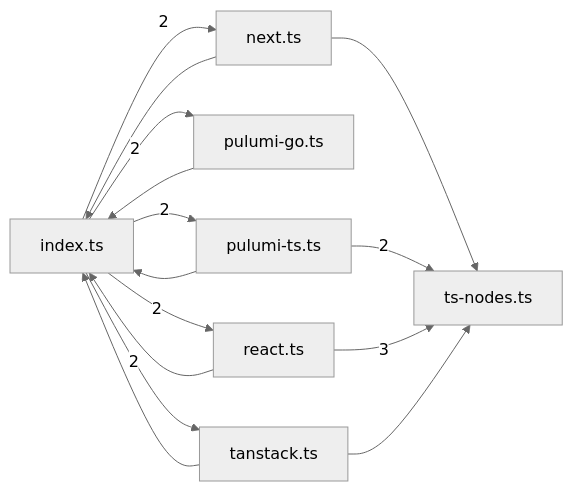
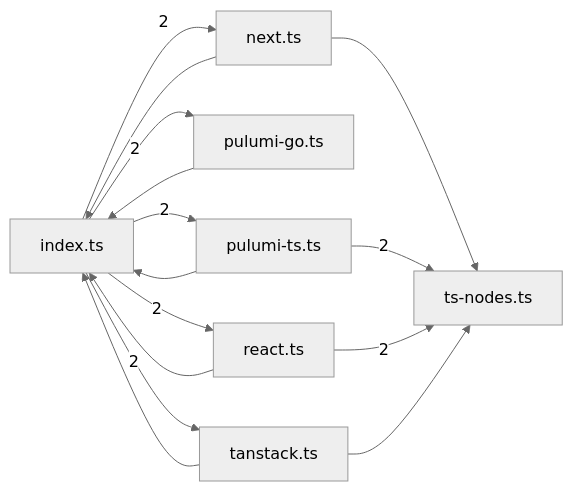
The eighth of 8 diagrams in .greplost/packages/greplost__core/MAP.md (sns45/greplost), drawn with Mermaid (neutral theme) before and after one commit. The commit also changed other lines of this file and 22 other files, not shown here.

````diff
--- a/.greplost/packages/greplost__core/MAP.md
+++ b/.greplost/packages/greplost__core/MAP.md
@@ -392,24 +392,24 @@
 ```mermaid
 graph LR
   packages_core_src_signals_index_ts["index.ts"]
   packages_core_src_signals_next_ts["next.ts"]
   packages_core_src_signals_pulumi_go_ts["pulumi-go.ts"]
   packages_core_src_signals_pulumi_ts_ts["pulumi-ts.ts"]
   packages_core_src_signals_react_ts["react.ts"]
   packages_core_src_signals_tanstack_ts["tanstack.ts"]
   packages_core_src_signals_ts_nodes_ts["ts-nodes.ts"]
   packages_core_src_signals_index_ts -->|2| packages_core_src_signals_next_ts
   packages_core_src_signals_index_ts -->|2| packages_core_src_signals_pulumi_go_ts
   packages_core_src_signals_index_ts -->|2| packages_core_src_signals_pulumi_ts_ts
   packages_core_src_signals_index_ts -->|2| packages_core_src_signals_react_ts
   packages_core_src_signals_index_ts -->|2| packages_core_src_signals_tanstack_ts
   packages_core_src_signals_next_ts --> packages_core_src_signals_index_ts
   packages_core_src_signals_next_ts --> packages_core_src_signals_ts_nodes_ts
   packages_core_src_signals_pulumi_go_ts --> packages_core_src_signals_index_ts
   packages_core_src_signals_pulumi_ts_ts --> packages_core_src_signals_index_ts
   packages_core_src_signals_pulumi_ts_ts -->|2| packages_core_src_signals_ts_nodes_ts
   packages_core_src_signals_react_ts --> packages_core_src_signals_index_ts
-  packages_core_src_signals_react_ts -->|3| packages_core_src_signals_ts_nodes_ts
+  packages_core_src_signals_react_ts -->|2| packages_core_src_signals_ts_nodes_ts
   packages_core_src_signals_tanstack_ts --> packages_core_src_signals_index_ts
   packages_core_src_signals_tanstack_ts --> packages_core_src_signals_ts_nodes_ts
 ```
````
